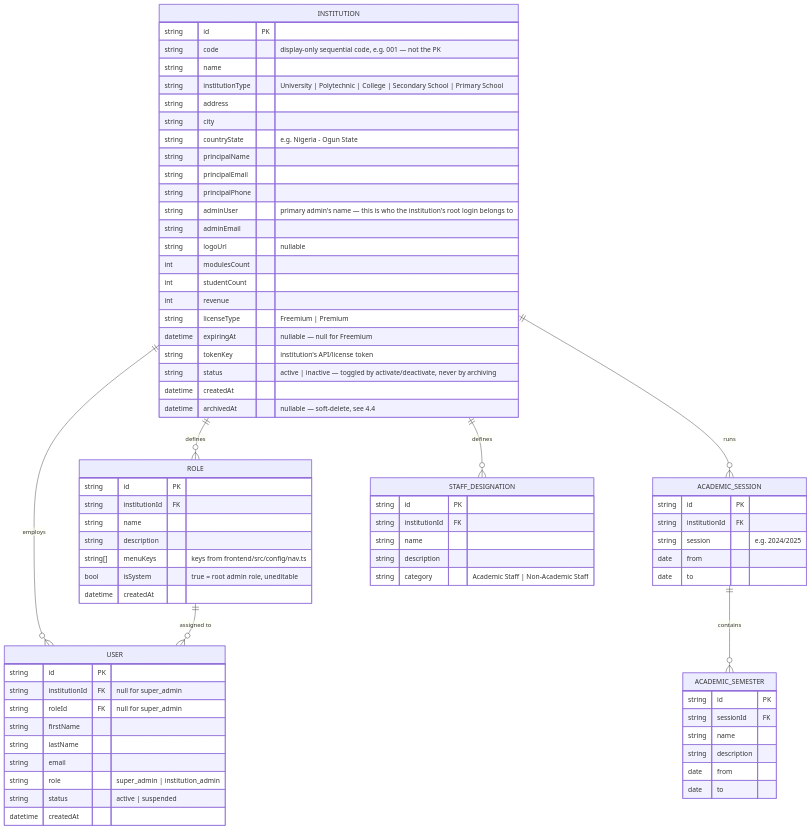
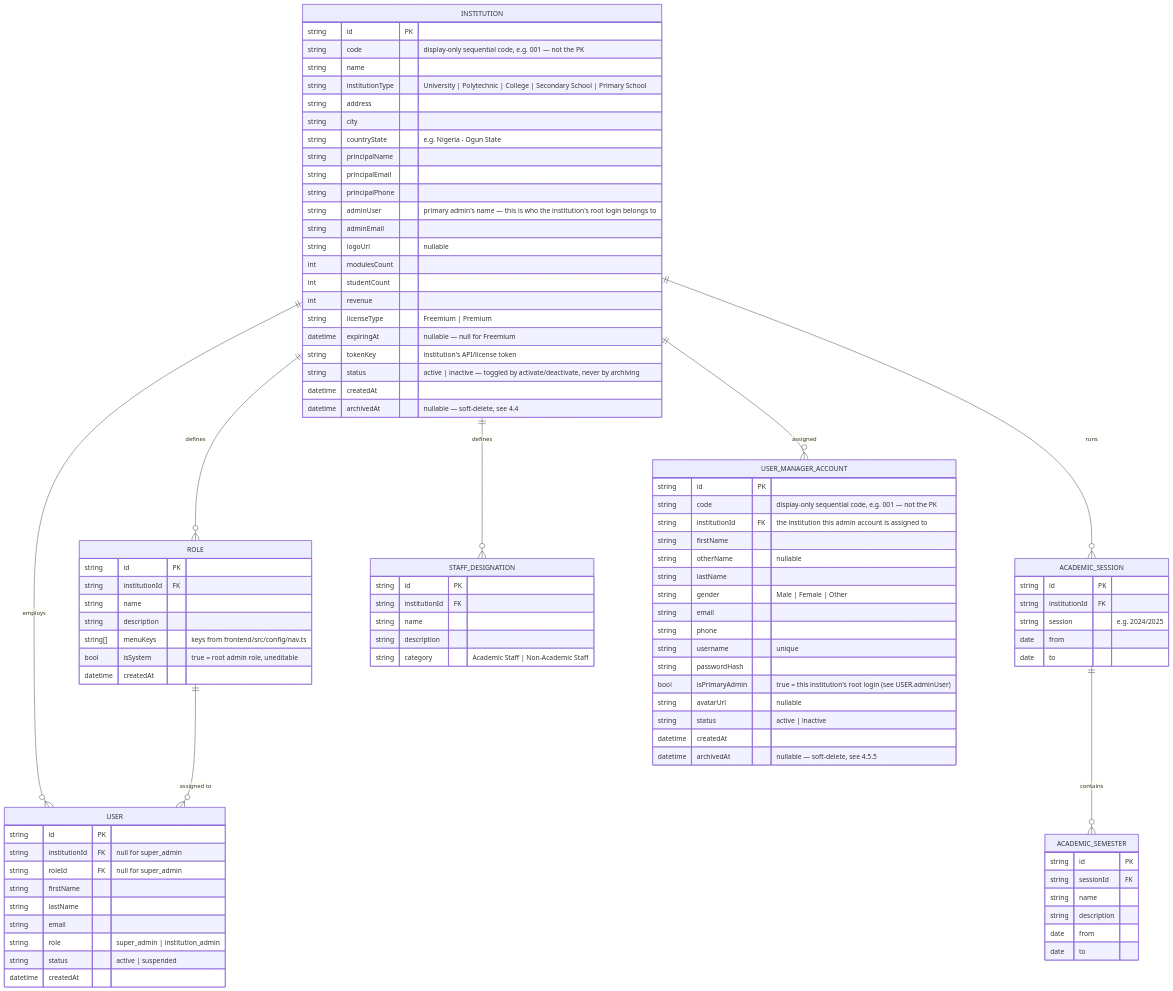
Before and after one commit to turontechnologies/T-Educare: the first of 5 diagrams in backend/API_CONTRACT.md, drawn with Mermaid. The commit also changed other lines of this file and 12 other files, not shown here.

Commit message:
feat: add super admin user manager and archive workflows

````diff
--- a/backend/API_CONTRACT.md
+++ b/backend/API_CONTRACT.md
@@ -98,6 +105,7 @@
     INSTITUTION ||--o{ USER : "employs"
     INSTITUTION ||--o{ ACADEMIC_SESSION : "runs"
     INSTITUTION ||--o{ STAFF_DESIGNATION : "defines"
+    INSTITUTION ||--o{ USER_MANAGER_ACCOUNT : "assigned"
     ACADEMIC_SESSION ||--o{ ACADEMIC_SEMESTER : "contains"
     ROLE ||--o{ USER : "assigned to"
 
@@ -167,4 +175,22 @@
         string description
         string category "Academic Staff | Non-Academic Staff"
     }
+    USER_MANAGER_ACCOUNT {
+        string id PK
+        string code "display-only sequential code, e.g. 001 — not the PK"
+        string institutionId FK "the institution this admin account is assigned to"
+        string firstName
+        string otherName "nullable"
+        string lastName
+        string gender "Male | Female | Other"
+        string email
+        string phone
+        string username "unique"
+        string passwordHash
+        bool isPrimaryAdmin "true = this institution's root login (see USER.adminUser)"
+        string avatarUrl "nullable"
+        string status "active | inactive"
+        datetime createdAt
+        datetime archivedAt "nullable — soft-delete, see 4.5.5"
+    }
 ```
````
